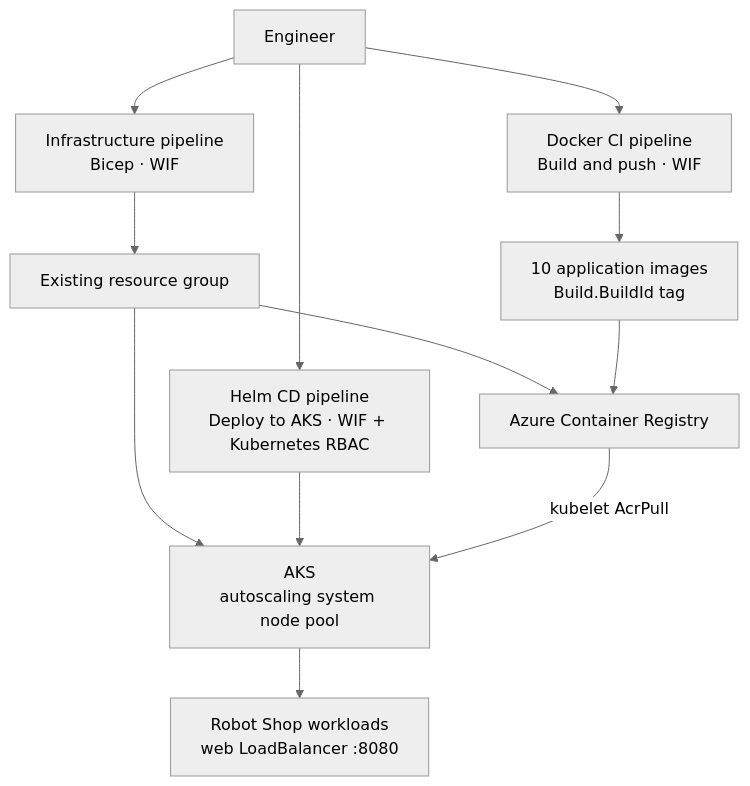
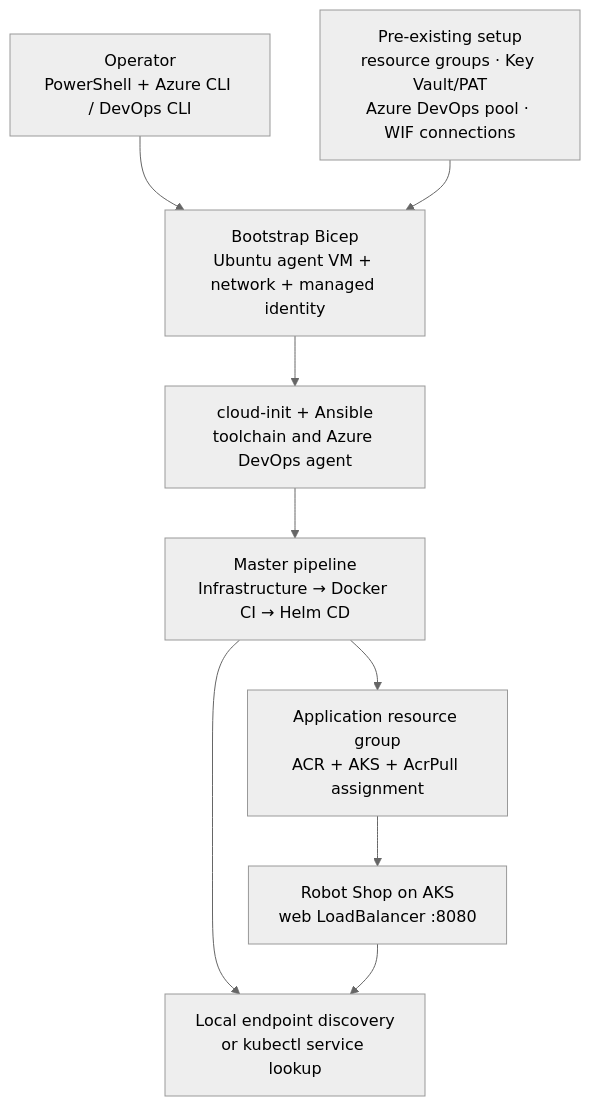
Before and after one commit to sharadshukla/E-Commerce: the first of 2 diagrams in README.md, drawn with Mermaid (neutral theme). The commit also changed other lines of this file and 6 other files, not shown here.

````diff
--- a/README.md
+++ b/README.md
@@ -31,19 +35,18 @@
 ```mermaid
 flowchart TD
-    Engineer["Engineer"]
-    Infra["Infrastructure pipeline<br/>Bicep · WIF"]
-    Docker["Docker CI pipeline<br/>Build and push · WIF"]
-    Helm["Helm CD pipeline<br/>Deploy to AKS · WIF + Kubernetes RBAC"]
-    ResourceGroup["Existing resource group"]
-    ACR["Azure Container Registry"]
-    Images["10 application images<br/>Build.BuildId tag"]
-    AKS["AKS<br/>autoscaling system node pool"]
-    App["Robot Shop workloads<br/>web LoadBalancer :8080"]
+    Operator["Operator<br/>PowerShell + Azure CLI / DevOps CLI"]
+    Prereqs["Pre-existing setup<br/>resource groups · Key Vault/PAT<br/>Azure DevOps pool · WIF connections"]
+    Bootstrap["Bootstrap Bicep<br/>Ubuntu agent VM + network + managed identity"]
+    Configure["cloud-init + Ansible<br/>toolchain and Azure DevOps agent"]
+    Master["Master pipeline<br/>Infrastructure → Docker CI → Helm CD"]
+    Azure["Application resource group<br/>ACR + AKS + AcrPull assignment"]
+    App["Robot Shop on AKS<br/>web LoadBalancer :8080"]
+    Access["Local endpoint discovery<br/>or kubectl service lookup"]
 
-    Engineer --> Infra --> ResourceGroup
-    ResourceGroup --> ACR
-    ResourceGroup --> AKS
-    Engineer --> Docker --> Images --> ACR
-    Engineer --> Helm --> AKS --> App
-    ACR -->|"kubelet AcrPull"| AKS
+    Operator --> Bootstrap
+    Prereqs --> Bootstrap
+    Bootstrap --> Configure --> Master
+    Master --> Azure --> App
+    Master --> Access
+    App --> Access
 ```
````
